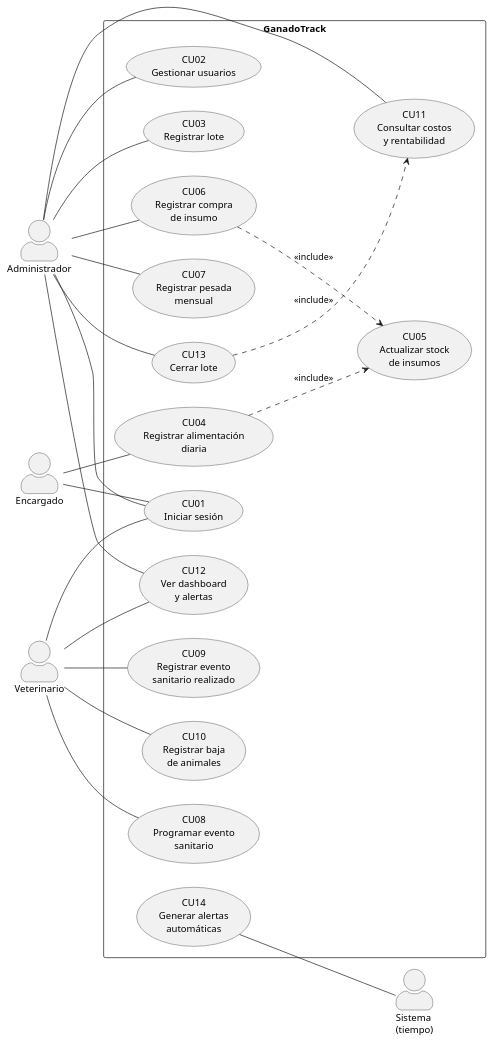
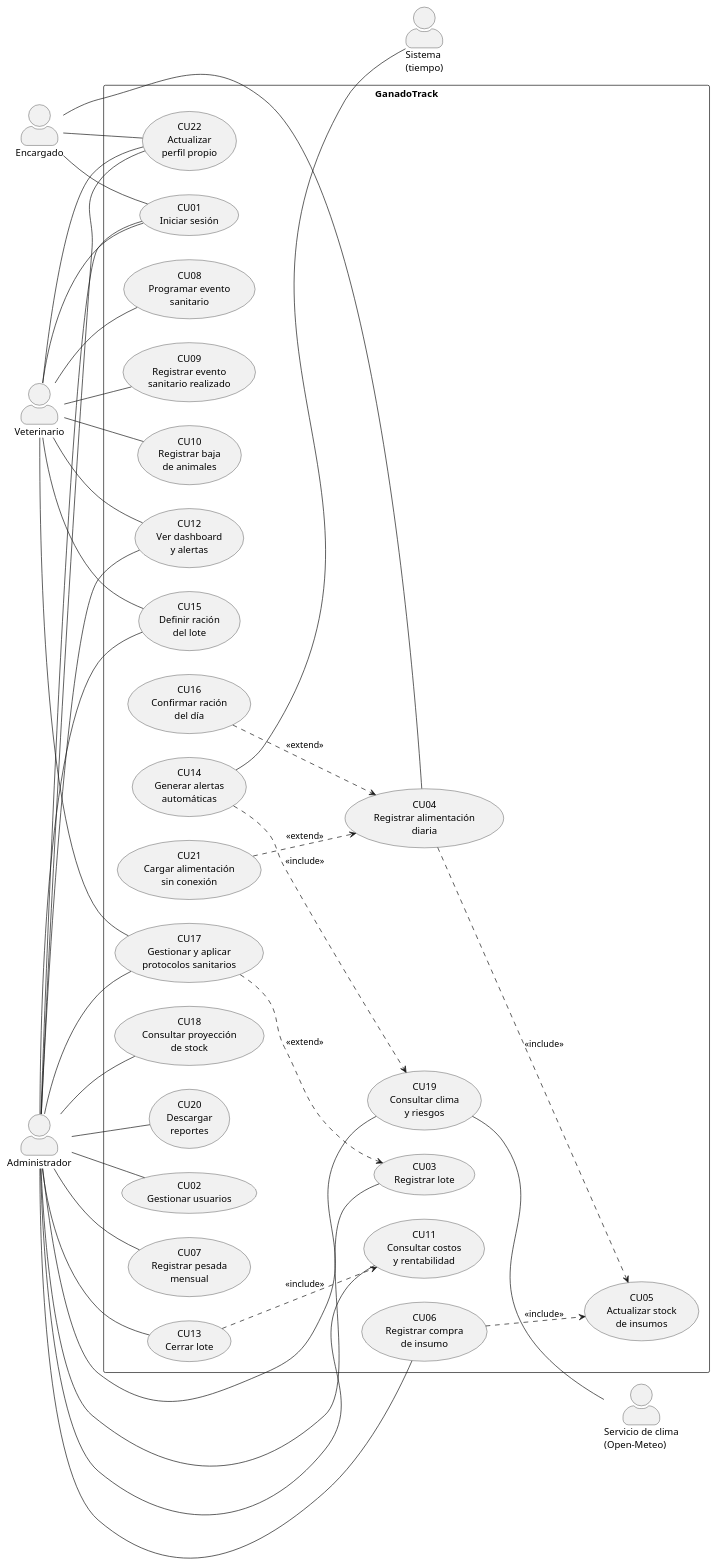
The diagram in docs/entrega2/13-casos-de-uso.md (mateogit114730/ganadotrack), drawn with PlantUML before and after one commit. The commit also changed other lines of this file and 16 other files, not shown here.

````diff
--- a/docs/entrega2/13-casos-de-uso.md
+++ b/docs/entrega2/13-casos-de-uso.md
@@ -35,54 +46,80 @@
 ```plantuml
 @startuml
 left to right direction
 skinparam packageStyle rectangle
 skinparam actorStyle awesome
 
 actor "Administrador" as ADM
 actor "Encargado" as ENC
 actor "Veterinario" as VET
 actor "Sistema\n(tiempo)" as SIS
 
 rectangle GanadoTrack {
   usecase "CU01\nIniciar sesión" as CU01
   usecase "CU02\nGestionar usuarios" as CU02
   usecase "CU03\nRegistrar lote" as CU03
   usecase "CU04\nRegistrar alimentación\ndiaria" as CU04
   usecase "CU05\nActualizar stock\nde insumos" as CU05
   usecase "CU06\nRegistrar compra\nde insumo" as CU06
   usecase "CU07\nRegistrar pesada\nmensual" as CU07
   usecase "CU08\nProgramar evento\nsanitario" as CU08
   usecase "CU09\nRegistrar evento\nsanitario realizado" as CU09
   usecase "CU10\nRegistrar baja\nde animales" as CU10
   usecase "CU11\nConsultar costos\ny rentabilidad" as CU11
   usecase "CU12\nVer dashboard\ny alertas" as CU12
   usecase "CU13\nCerrar lote" as CU13
   usecase "CU14\nGenerar alertas\nautomáticas" as CU14
+  usecase "CU15\nDefinir ración\ndel lote" as CU15
+  usecase "CU16\nConfirmar ración\ndel día" as CU16
+  usecase "CU17\nGestionar y aplicar\nprotocolos sanitarios" as CU17
+  usecase "CU18\nConsultar proyección\nde stock" as CU18
+  usecase "CU19\nConsultar clima\ny riesgos" as CU19
+  usecase "CU20\nDescargar\nreportes" as CU20
+  usecase "CU21\nCargar alimentación\nsin conexión" as CU21
+  usecase "CU22\nActualizar\nperfil propio" as CU22
 }
+
+actor "Servicio de clima\n(Open-Meteo)" as CLI
 
 ADM -- CU01
 ENC -- CU01
 VET -- CU01
 
 ADM -- CU02
 ADM -- CU03
 ADM -- CU06
 ADM -- CU07
 ADM -- CU11
 ADM -- CU12
 ADM -- CU13
+ADM -- CU15
+ADM -- CU17
+ADM -- CU18
+ADM -- CU19
+ADM -- CU20
 
 ENC -- CU04
 
 VET -- CU08
 VET -- CU09
 VET -- CU10
 VET -- CU12
+VET -- CU15
+VET -- CU17
 
 CU04 ..> CU05 : <<include>>
 CU06 ..> CU05 : <<include>>
 CU13 ..> CU11 : <<include>>
+CU17 ..> CU03 : <<extend>>
+CU16 ..> CU04 : <<extend>>
+CU21 ..> CU04 : <<extend>>
+
+ADM -- CU22
+ENC -- CU22
+VET -- CU22
 
 CU14 -- SIS
+CU14 ..> CU19 : <<include>>
+CU19 -- CLI
 @enduml
 ```
````
